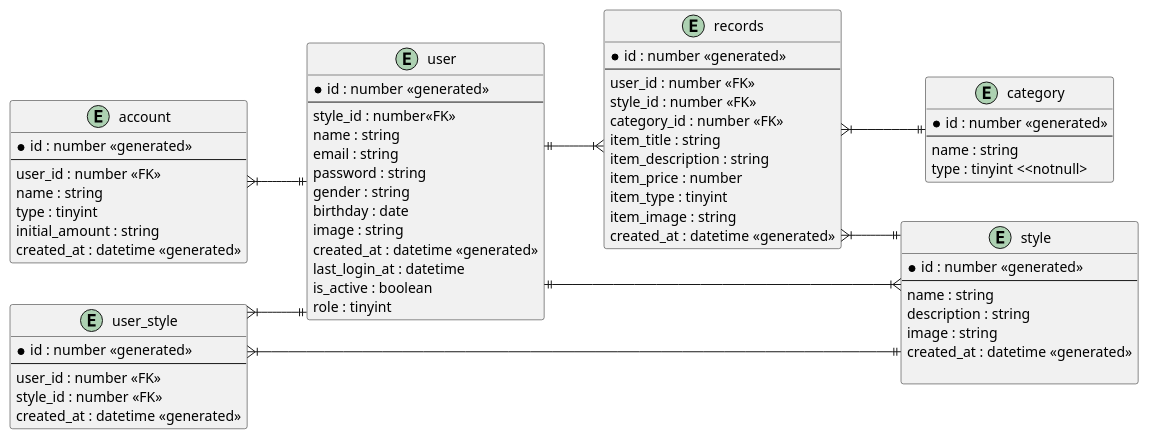
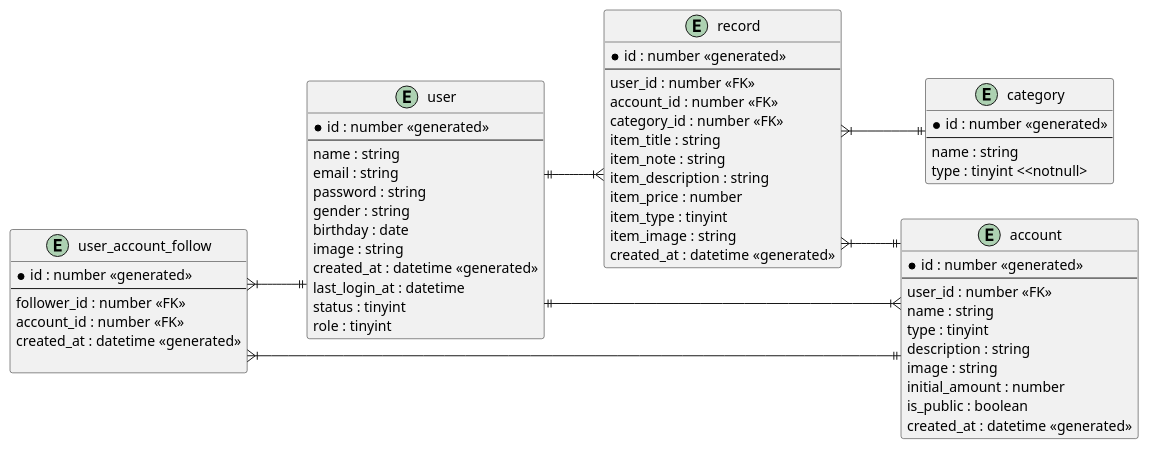
The diagram in src/main/java/com/example/demo/docs/er-diagram.puml (honeykokia/community-springboot), drawn with PlantUML before and after one commit. The commit also changed 25 other files, not shown here.

```diff
--- a/src/main/java/com/example/demo/docs/er-diagram.puml
+++ b/src/main/java/com/example/demo/docs/er-diagram.puml
@@ -1,90 +1,76 @@
 @startuml
 ' hide the spot
 ' hide circle
 
 ' avoid problems with angled crows feet
 skinparam linetype ortho
 
 left to right direction
 
 entity "user" as user {
     *id : number <<generated>>
     --
-    style_id : number<<FK>>
+    ' style_id : number<<FK>>
     name : string
     email : string
     password : string
     gender : string
     birthday : date
     image : string
     created_at : datetime <<generated>>
     last_login_at : datetime
-    is_active : boolean
+    status : tinyint
     role : tinyint
-}
-
-entity "user_style" as user_style{
-    *id : number <<generated>>
-    --
-    user_id : number <<FK>>
-    style_id : number <<FK>>
-    created_at : datetime <<generated>>
-}
-
-
-entity "style" as style {
-    *id : number <<generated>>
-    --
-    name : string
-    description : string
-    image : string
-    created_at : datetime <<generated>>
-
-}
-
-entity "records" as records{
-    *id : number <<generated>>
-    --
-    user_id : number <<FK>>
-    style_id : number <<FK>>
-    category_id : number <<FK>>
-    item_title : string
-    item_description : string
-    item_price : number
-    item_type : tinyint
-    item_image : string
-    created_at : datetime <<generated>>
 }
 entity "account" as account{
     *id : number <<generated>>
     --
     user_id : number <<FK>>
     name : string
     type : tinyint
-    initial_amount : string
+    description : string
+    image : string
+    initial_amount : number
+    is_public : boolean
     created_at : datetime <<generated>>
 }
+entity "user_account_follow" as user_account_follow{
+    *id : number <<generated>>
+    --
+    follower_id : number <<FK>>
+    account_id : number <<FK>>
+    created_at : datetime <<generated>>
+
+}
+
+entity "record" as record{
+    *id : number <<generated>>
+    --
+    user_id : number <<FK>>
+    account_id : number <<FK>>
+    category_id : number <<FK>>
+    item_title : string
+    item_note : string
+    item_description : string
+    item_price : number
+    item_type : tinyint
+    item_image : string
+    created_at : datetime <<generated>>
+}
+
 
 entity "category" as category {
     *id : number <<generated>>
     --
     name : string
     type : tinyint <<notnull>
 }
 
-    ' user ||--|{ style
-    ' account }|--|| user
-    ' account }|--|| style
-    ' account }|--|| category
-    ' user_style }|--|| user
-    ' user_style }|--|| style
-
-    user ||--|{ records
+    user ||--|{ record
     account }|--|| user
-    records }|--|| category
-    records }|--|| style
-    user_style }|--|| user
-    user_style }|--|| style
-    user ||--|{ style
+    record }|--|| category
+    record }|--|| account
+    user_account_follow }|--|| user
+    user_account_follow }|--|| account
 
 @enduml
```
